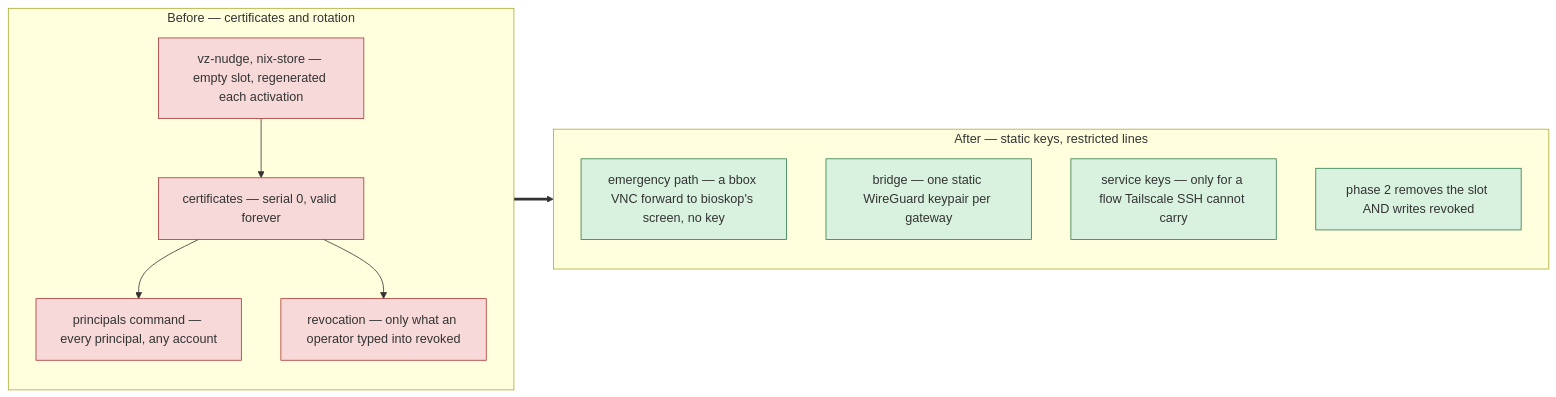
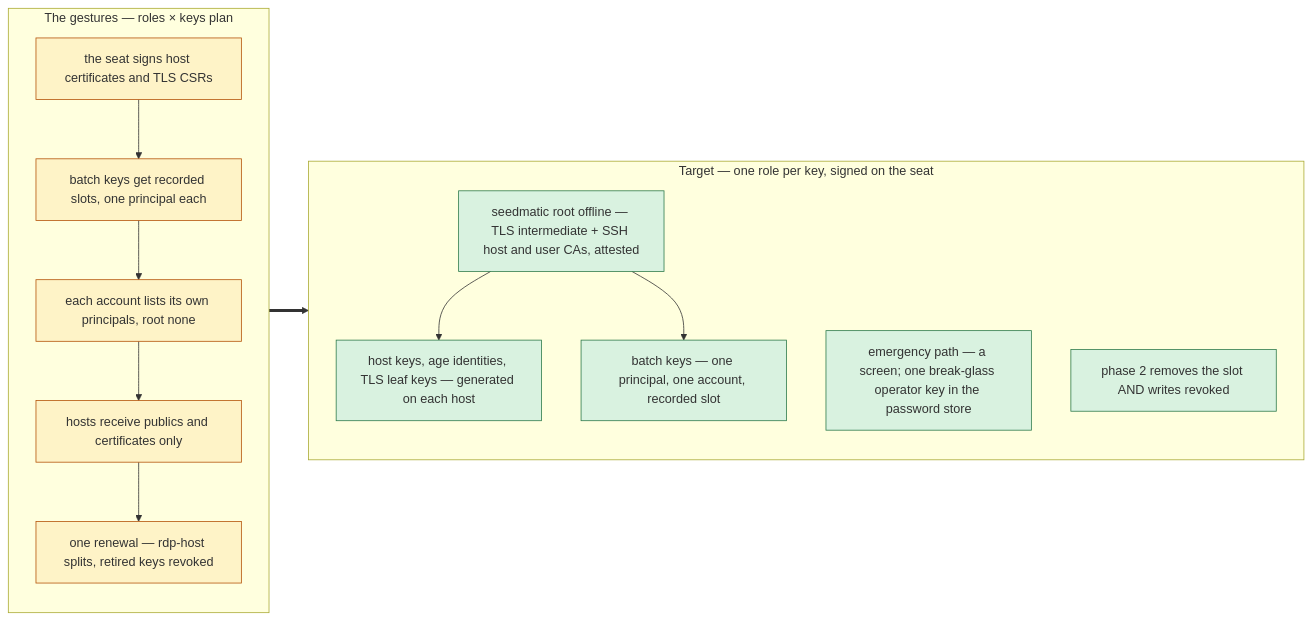
One commit to seedmatic/rke2lab changed the third of 8 diagrams in docs/architecture/atlas/fabric-control-plane.adoc. Above: the diagram before and after it, drawn with Mermaid. The commit also changed other lines of this file and 4 other files, not shown here.

First line of the commit message:
docs(atlas): the keys figure links to the roles × keys spec; stale key pages fixed

```diff
--- a/docs/architecture/atlas/fabric-control-plane.adoc
+++ b/docs/architecture/atlas/fabric-control-plane.adoc
@@ -108,24 +109,26 @@
 [mermaid]
 ....
 flowchart LR
-  subgraph BEFORE["Before — certificates and rotation"]
+  subgraph GESTURES["The gestures — roles × keys plan"]
     direction TB
-    b1["vz-nudge, nix-store — empty slot, regenerated each activation"]:::ko
-    b2["certificates — serial 0, valid forever"]:::ko
-    b3["principals command — every principal, any account"]:::ko
-    b4["revocation — only what an operator typed into revoked"]:::ko
-    b1 --> b2 --> b3
-    b2 --> b4
+    g1["the seat signs host certificates and TLS CSRs"]:::step
+    g2["batch keys get recorded slots, one principal each"]:::step
+    g3["each account lists its own principals, root none"]:::step
+    g4["hosts receive publics and certificates only"]:::step
+    g5["one renewal — rdp-host splits, retired keys revoked"]:::step
+    g1 --> g2 --> g3 --> g4 --> g5
   end
-  subgraph AFTER["After — static keys, restricted lines"]
+  subgraph TARGET["Target — one role per key, signed on the seat"]
     direction TB
-    a1["emergency path — a bbox VNC forward to bioskop's screen, no key"]:::ok
-    a2["bridge — one static WireGuard keypair per gateway"]:::ok
-    a3["service keys — only for a flow Tailscale SSH cannot carry"]:::ok
+    a0["seedmatic root offline — TLS intermediate + SSH host and user CAs, attested"]:::ok
+    a1["emergency path — a screen; one break-glass operator key in the password store"]:::ok
+    a2["host keys, age identities, TLS leaf keys — generated on each host"]:::ok
+    a3["batch keys — one principal, one account, recorded slot"]:::ok
     a4["phase 2 removes the slot AND writes revoked"]:::ok
+    a0 --> a2 & a3
   end
-  BEFORE ==> AFTER
+  GESTURES ==> TARGET
 
-  classDef ko fill:#f7d9d9,stroke:#a33;
+  classDef step fill:#fef3c7,stroke:#b45309;
   classDef ok fill:#d9f2e0,stroke:#2d7a4b;
 ....
```
